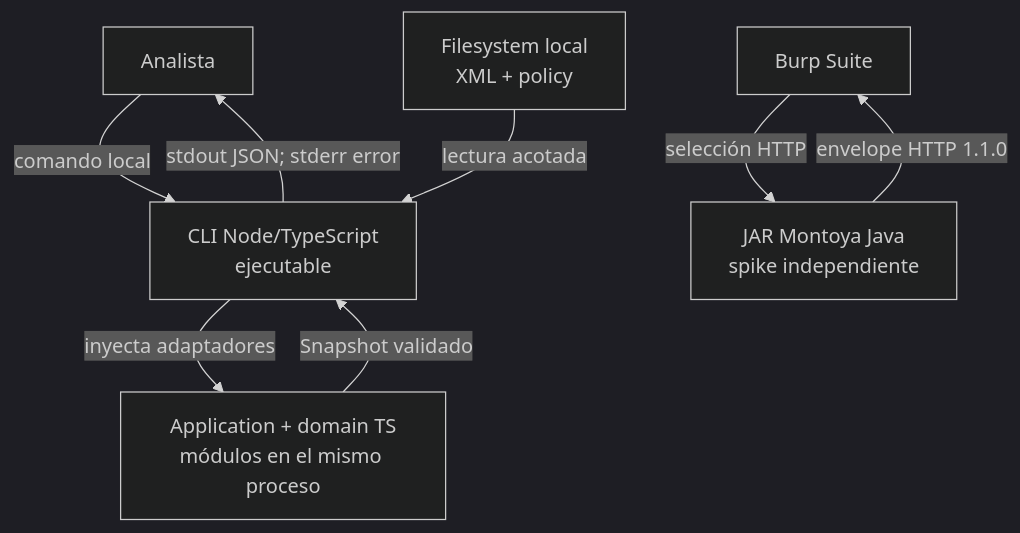
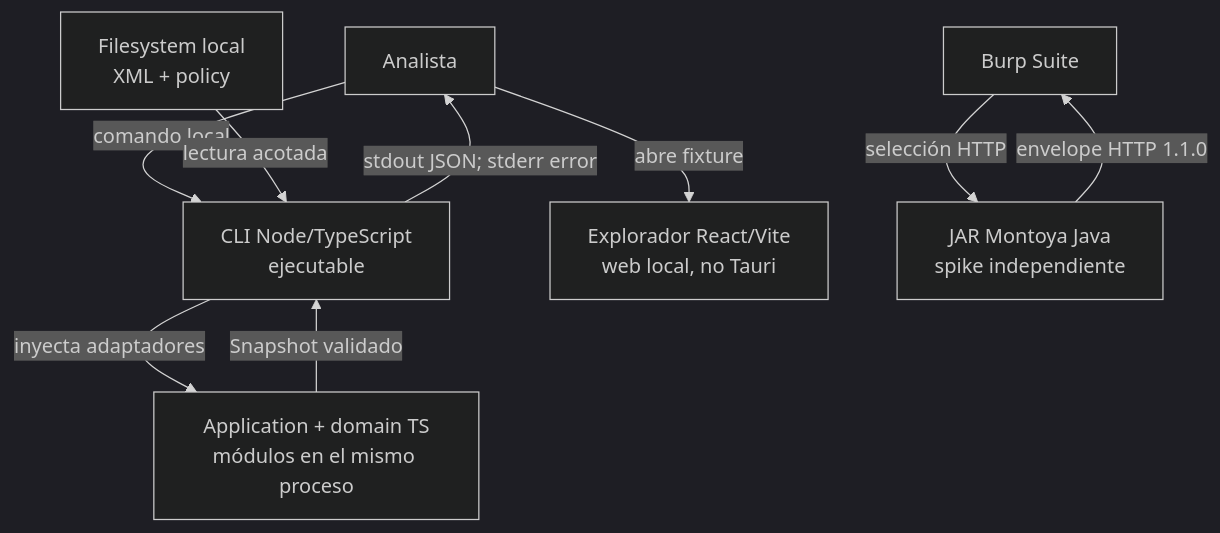
The second of 3 diagrams in docs/architecture/overview.md (CyberStill-GmbH/CHEF), drawn with Mermaid (dark theme) before and after one commit. The commit also changed other lines of this file and 46 other files, not shown here.

````diff
--- a/docs/architecture/overview.md
+++ b/docs/architecture/overview.md
@@ -19,10 +19,11 @@
 ```mermaid
 flowchart TB
   Analyst["Analista"] -->|"comando local"| CLI["CLI Node/TypeScript<br/>ejecutable"]
+  Analyst -->|"abre fixture"| Web["Explorador React/Vite<br/>web local, no Tauri"]
   XML["Filesystem local<br/>XML + policy"] -->|"lectura acotada"| CLI
   CLI -->|"inyecta adaptadores"| Core["Application + domain TS<br/>módulos en el mismo proceso"]
   Core -->|"Snapshot validado"| CLI
   CLI -->|"stdout JSON; stderr error"| Analyst
   Burp["Burp Suite"] -->|"selección HTTP"| Jar["JAR Montoya Java<br/>spike independiente"]
   Jar -->|"envelope HTTP 1.1.0"| Burp
 ```
````
